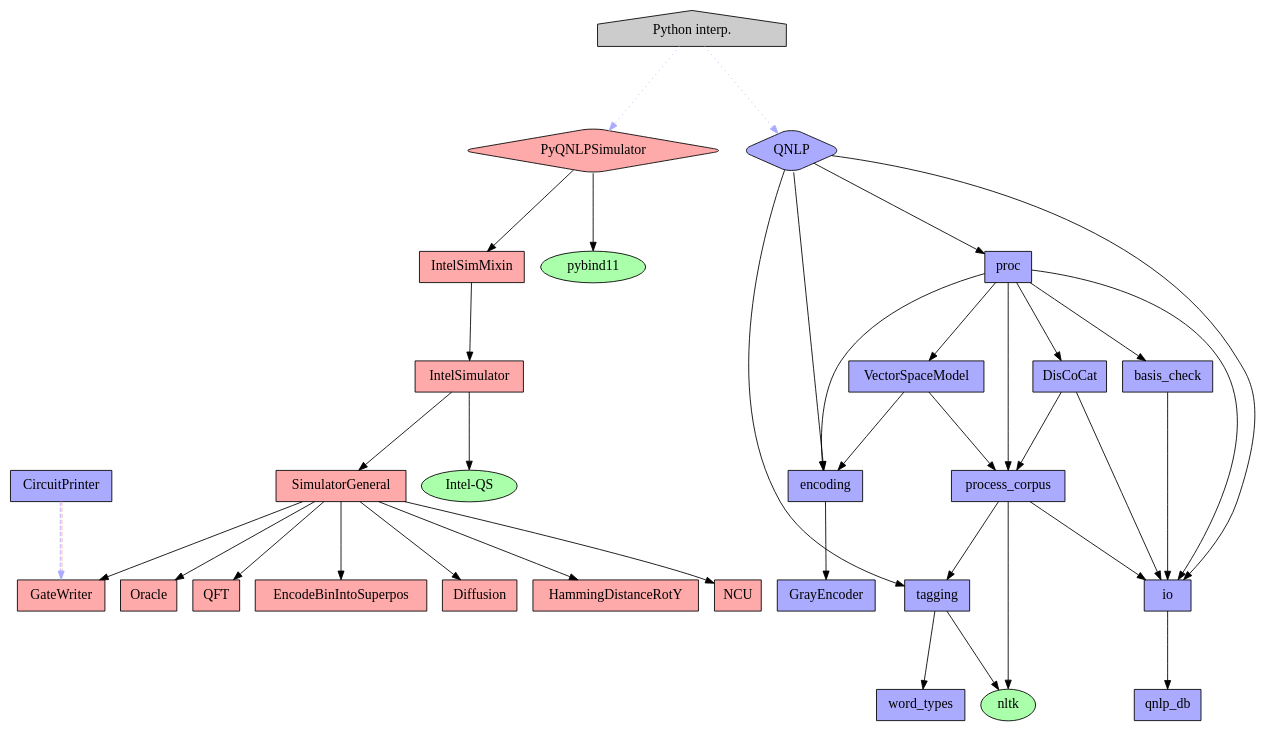
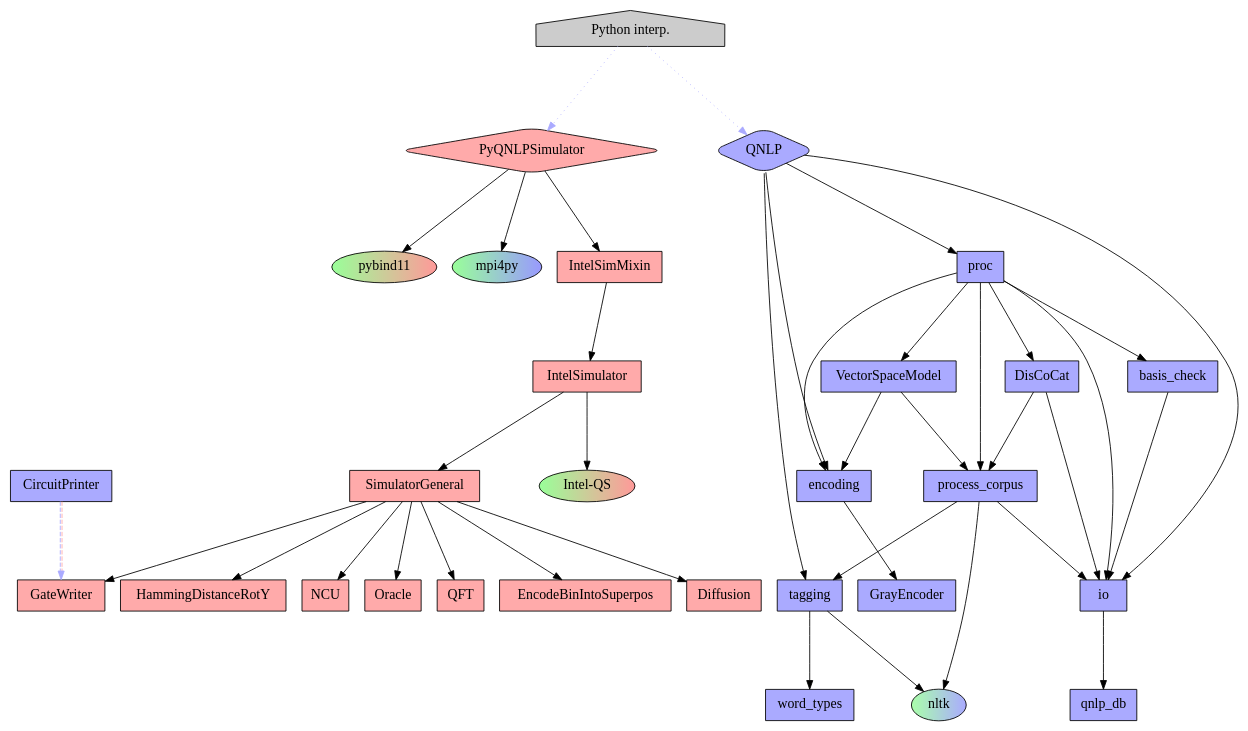
One commit to ICHEC/QNLP changed the diagram in qnlp_deps.dot. Above: the diagram before and after it, drawn with Graphviz.

Commit message:
Added color coding for ext deps

```diff
--- a/qnlp_deps.dot
+++ b/qnlp_deps.dot
@@ -1,93 +1,95 @@
 digraph "GG" {
 //node [ fontsize = "12"];
 //    compound=true;
     ranksep=1.25;
 
     node [shape=plaintext, fontsize=16, label="" fontname="Fira Code"];
 
     bgcolor=white;
     edge [arrowsize=1, color=black];
     graph[penwidth=0, labelloc="b"];
 
 
     "EncodeBinIntoSuperpos" [ label="EncodeBinIntoSuperpos" shape="box" style=filled fillcolor="#ffaaaa"];
     "Diffusion" [ label="Diffusion" shape="box" style=filled fillcolor="#ffaaaa"];
     "GateWriter" [ label="GateWriter" shape="box" style=filled fillcolor="#ffaaaa"];
     "HammingDistanceRotY" [ label="HammingDistanceRotY" shape="box" style=filled fillcolor="#ffaaaa"];
     "NCU" [ label="NCU" shape="box" style=filled fillcolor="#ffaaaa"];
     "Oracle" [ label="Oracle" shape="box" style=filled fillcolor="#ffaaaa"];
     "QFT" [ label="QFT" shape="box" style=filled fillcolor="#ffaaaa"];
     "IntelSimulator" [ label="IntelSimulator" shape="box" style=filled fillcolor="#ffaaaa"];
     "SimulatorGeneral" [ label="SimulatorGeneral" shape="box" style=filled fillcolor="#ffaaaa"];
-    "Intel-QS" [ label="Intel-QS" shape="ellipse" style=filled fillcolor="#aaffaa"];
+    "Intel-QS" [ label="Intel-QS" shape="ellipse" style=filled fillcolor="#99ff99:#ff9999"];
 
     "PythonEnv" [ label="Python interp." shape="house" style=filled fillcolor="#cccccc"];
 
     "IntelSimulator" -> "SimulatorGeneral" //SimulatorGeneral -> IntelSimulator
     "IntelSimulator" -> "Intel-QS" // qnlp_simulator -> qhipster
     "SimulatorGeneral" -> "EncodeBinIntoSuperpos" // qnlp_simulator -> qnlp_binencode
     "SimulatorGeneral" -> "Diffusion" // qnlp_simulator -> qnlp_diffusion
     "SimulatorGeneral" -> "GateWriter" // qnlp_simulator -> qnlp_gatewriter
     "SimulatorGeneral" -> "HammingDistanceRotY" // qnlp_simulator -> qnlp_hamming_RotY_amplification
     "SimulatorGeneral" -> "NCU" // qnlp_simulator -> qnlp_ncu
     "SimulatorGeneral" -> "Oracle" // qnlp_simulator -> qnlp_oracle
     "SimulatorGeneral" -> "QFT" // qnlp_simulator -> qnlp_qft
 
     "QNLPModule" [ label="QNLP" shape="box" fillcolor="#aaaaff" style="rounded,filled", shape=diamond];
     "CircuitPrinterModule" [ label="CircuitPrinter" shape="box" style=filled fillcolor="#aaaaff"];
     "CircuitPrinterModule" -> "GateWriter" [color="#aaaaff:#ffaaaa", style=dashed]
 
     "QNLPencoding" [ label="encoding" shape="box" style=filled fillcolor="#aaaaff"];
     "QNLPio" [ label="io" shape="box" style=filled fillcolor="#aaaaff"];
     "QNLPproc" [ label="proc" shape="box" style=filled fillcolor="#aaaaff"];
     "QNLPtagging" [ label="tagging" shape="box" style=filled fillcolor="#aaaaff"];
 
 
     "QNLPModule" -> "QNLPencoding"
     "QNLPModule" -> "QNLPio"
     "QNLPModule" -> "QNLPproc"
     "QNLPModule" -> "QNLPtagging"
 
     "GrayEncoder" [ label="GrayEncoder" shape="box" style=filled fillcolor="#aaaaff"];    
     "qnlp_db" [ label="qnlp_db"  shape="box" style=filled fillcolor="#aaaaff"];
     "basis_check" [ label="basis_check"  shape="box" style=filled fillcolor="#aaaaff"];
     "DisCoCat" [ label="DisCoCat"  shape="box" style=filled fillcolor="#aaaaff"];
     "process_corpus" [ label="process_corpus"  shape="box" style=filled fillcolor="#aaaaff"];
     "VectorSpaceModel" [ label="VectorSpaceModel"  shape="box" style=filled fillcolor="#aaaaff"];
 
     "QNLPio" -> "qnlp_db"
 
     "QNLPproc" -> "QNLPencoding"
     "QNLPencoding" -> "GrayEncoder"
 
     "QNLPproc" -> "QNLPio"
     "QNLPproc" -> "basis_check"
     "QNLPproc" -> "DisCoCat"
     "QNLPproc" -> "process_corpus" 
     "QNLPproc" -> "VectorSpaceModel"
     "basis_check" -> "QNLPio"
     "DisCoCat" -> "QNLPio"
     "process_corpus" -> "QNLPio"
     "DisCoCat" -> "process_corpus"
     "VectorSpaceModel" -> "process_corpus"
     "VectorSpaceModel" -> "QNLPencoding"
     "process_corpus" -> "QNLPtagging"
 
-    "nltk" [ label="nltk" shape="ellipse" style=filled fillcolor="#aaffaa"];
+    "nltk" [ label="nltk" shape="ellipse" style=filled fillcolor="#aaffaa:#aaaaff"];
     "word_types" [ label="word_types" shape="box" style=filled fillcolor="#aaaaff"];
     
 
     "QNLPtagging" -> "nltk"
     "QNLPtagging" -> "word_types"
     "process_corpus" -> "nltk"
 
-    "pybind11" [ label="pybind11" shape="ellipse" style=filled fillcolor="#aaffaa"];
+    "pybind11" [ label="pybind11" shape="ellipse" style=filled fillcolor="#99ff99:#ff9999"];
+    "mpi4py" [ label="mpi4py" shape="ellipse" style=filled fillcolor="#99ff99:#9999ff"];
     "Pylib" [ label="PyQNLPSimulator" shape="ellipse" style="rounded,filled", shape=diamond fillcolor="#ffaaaa"];
     "IntelSimMixin" [ label="IntelSimMixin" shape="box" style=filled fillcolor="#ffaaaa"];
     "IntelSimMixin" -> "IntelSimulator"
     "Pylib" -> "IntelSimMixin" 
     "Pylib" -> "pybind11"
+    "Pylib" -> "mpi4py"
 
     "PythonEnv" -> "QNLPModule" [color="#aaaaff", style=dotted]
     "PythonEnv" -> "Pylib" [color="#aaaaff", style=dotted]
 }
```
